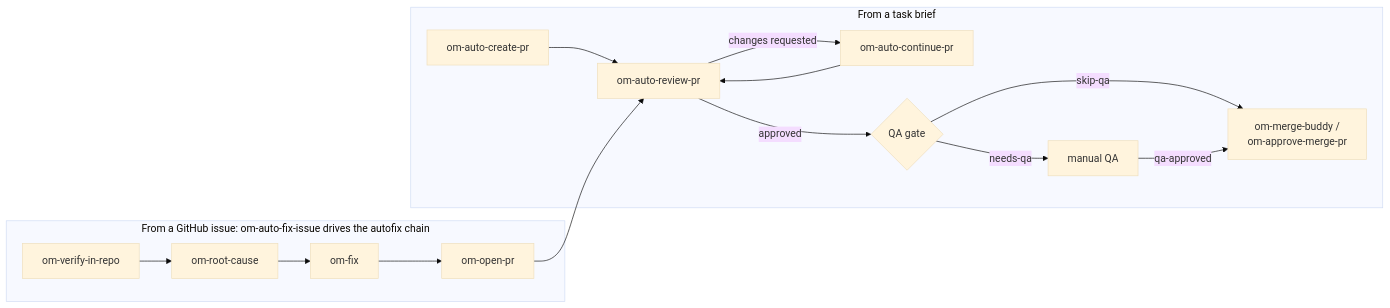
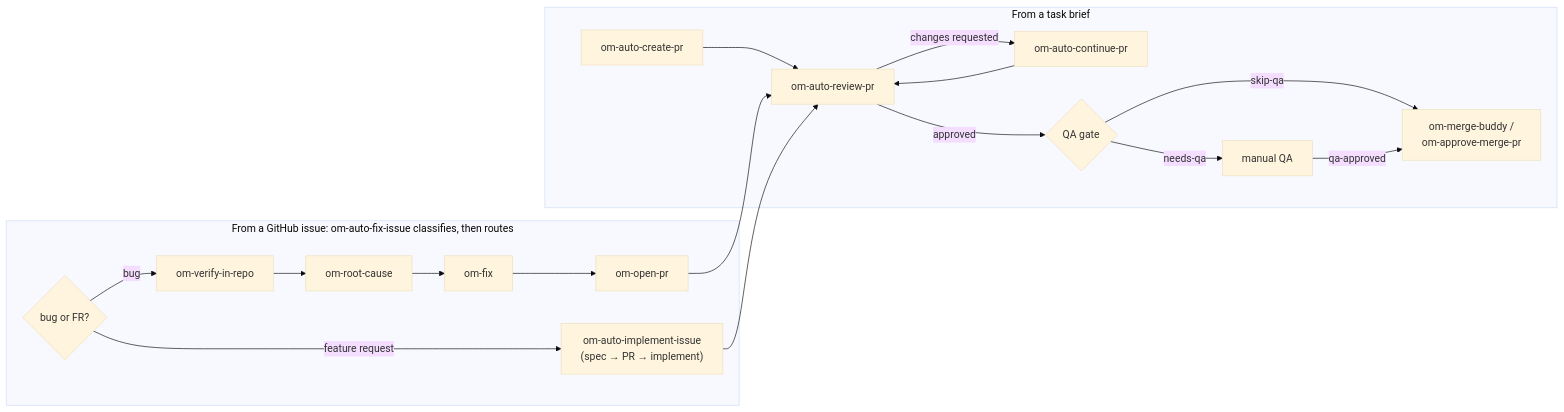
One commit to open-mercato/skills changed the diagram in README.md. Above: the diagram before and after it, drawn with Mermaid (base theme). The commit also changed other lines of this file and 2 other files, not shown here.

Commit message:
docs: document FR spec-then-implement path in README and DECISIONS

````diff
--- a/README.md
+++ b/README.md
@@ -77,18 +77,22 @@
 ```mermaid
 flowchart LR
     subgraph brief ["From a task brief"]
         createPR["om-auto-create-pr"] --> reviewPR["om-auto-review-pr"]
         reviewPR -- "changes requested" --> continuePR["om-auto-continue-pr"]
         continuePR --> reviewPR
         reviewPR -- "approved" --> qaGate{"QA gate"}
         qaGate -- "skip-qa" --> mergePR["om-merge-buddy /<br/>om-approve-merge-pr"]
         qaGate -- "needs-qa" --> manualQA["manual QA"]
         manualQA -- "qa-approved" --> mergePR
     end
-    subgraph issue ["From a GitHub issue: om-auto-fix-issue drives the autofix chain"]
-        verifyStep["om-verify-in-repo"] --> rootCause["om-root-cause"]
+    subgraph issue ["From a GitHub issue: om-auto-fix-issue classifies, then routes"]
+        classify{"bug or FR?"}
+        classify -- "bug" --> verifyStep["om-verify-in-repo"]
+        verifyStep --> rootCause["om-root-cause"]
         rootCause --> applyFix["om-fix"]
         applyFix --> openPR["om-open-pr"]
+        classify -- "feature request" --> implementFR["om-auto-implement-issue<br/>(spec → PR → implement)"]
     end
     openPR --> reviewPR
+    implementFR --> reviewPR
 ```
````
